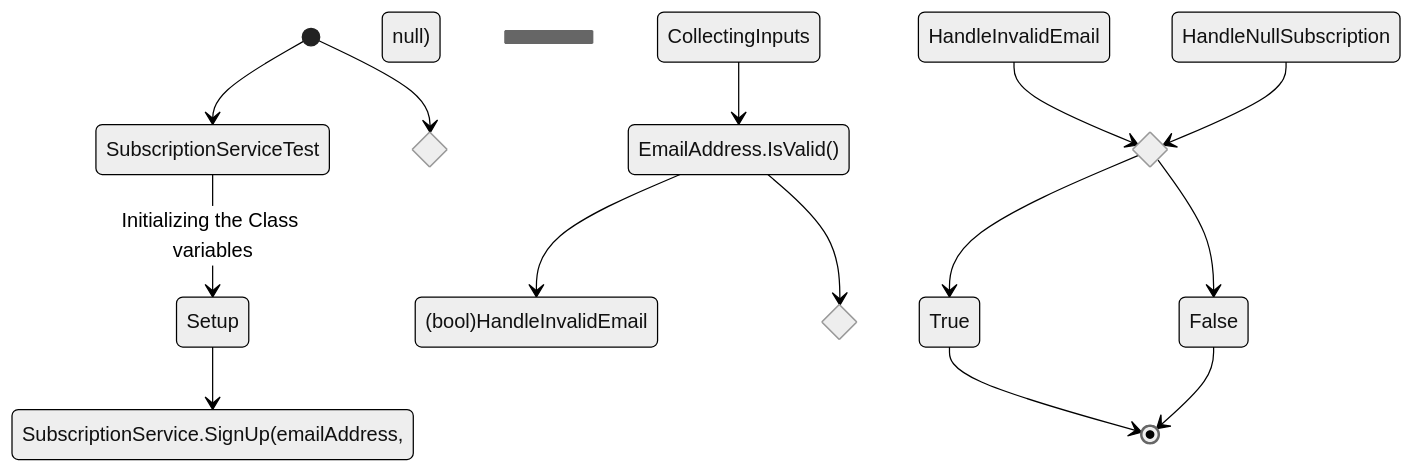
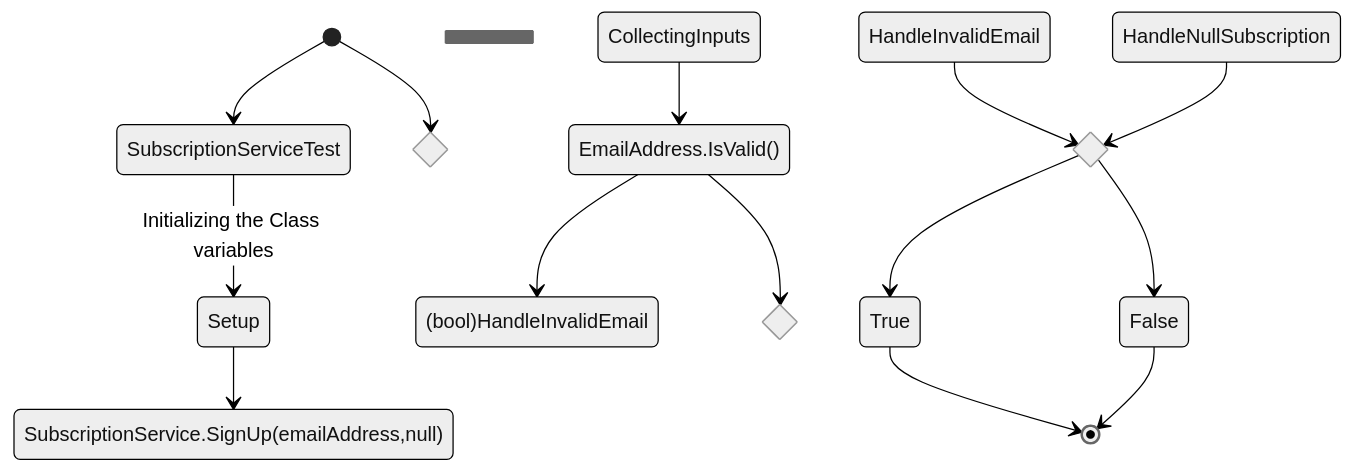
Before and after one commit to Emsaso/GetNews: the second of 11 diagrams in model/tests/test.md, drawn with Mermaid (neutral theme).

````diff
--- a/model/tests/test.md
+++ b/model/tests/test.md
@@ -32,35 +32,35 @@
 ```mermaid
 stateDiagram-v2
 [*] --> SubscriptionServiceTest
     SubscriptionServiceTest --> Setup:Initializing the Class variables
-    Setup --> SubscriptionService.SignUp(emailAddress, null)
+    Setup --> SubscriptionService.SignUp(emailAddress,null)
     
     state AssertionState <<choice>>
     state SubscriptionCheck <<choice>>
     state EnsureEmailValidity <<choice>>
 
     EnsureEmailValidity
         [*] --> EnsureEmailValidity
 
         state CollectingInputs
         state HandleInvalidEmail
         state join_state <<join>>
 
         CollectingInputs --> EmailAddress.IsValid()
             EmailAddress.IsValid()--> (bool)HandleInvalidEmail
             HandleInvalidEmail  --> AssertionState
 
         
         EmailAddress.IsValid() --> SubscriptionCheck
             
             state HandleNullSubscription
             HandleNullSubscription --> AssertionState
         
 
     #SubscriptionService.SignUp(emailAddress, null) --> Assertion Test : Finished calling #the function ensures that the test returns true
     
     AssertionState --> True
     AssertionState --> False
     True --> [*]
     False --> [*]
 ```
````
